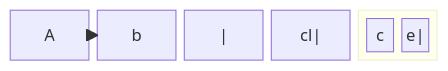
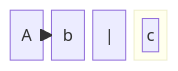
Before and after one commit to mermaid-js/mermaid-v13: the diagram in packages/language-service/goldens/block/completions/statement-start.mmd, drawn with Mermaid. The commit also changed 39 other files, not shown here.

```diff
--- a/packages/language-service/goldens/block/completions/statement-start.mmd
+++ b/packages/language-service/goldens/block/completions/statement-start.mmd
@@ -1,10 +1,8 @@
 block
   a["A"] --> b
   |
-  cl|
   block:g
     |
     c
     |
-    e|
   end
```
